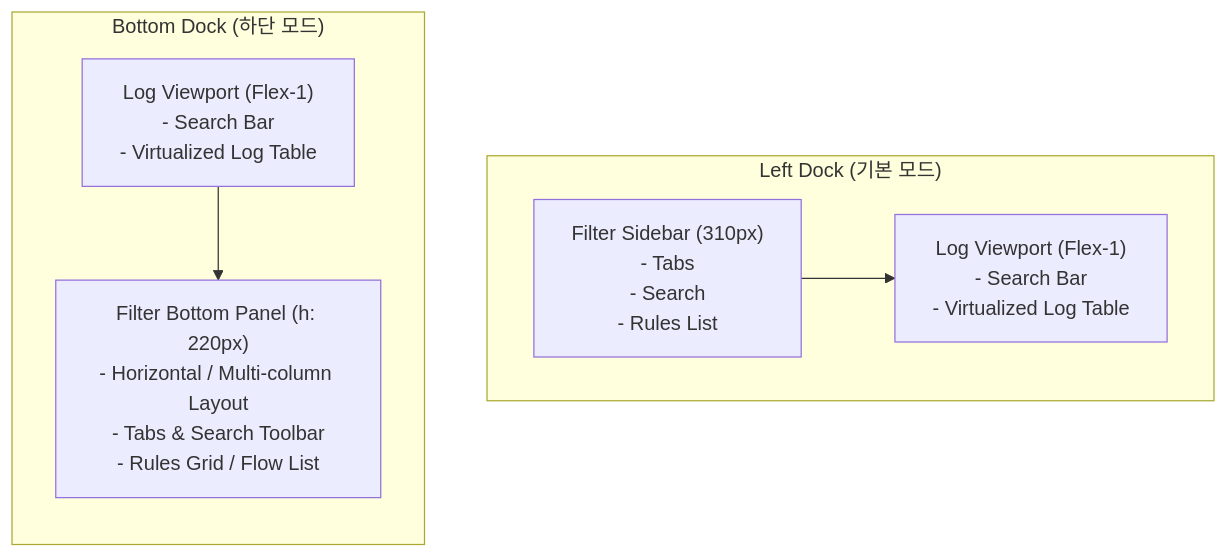
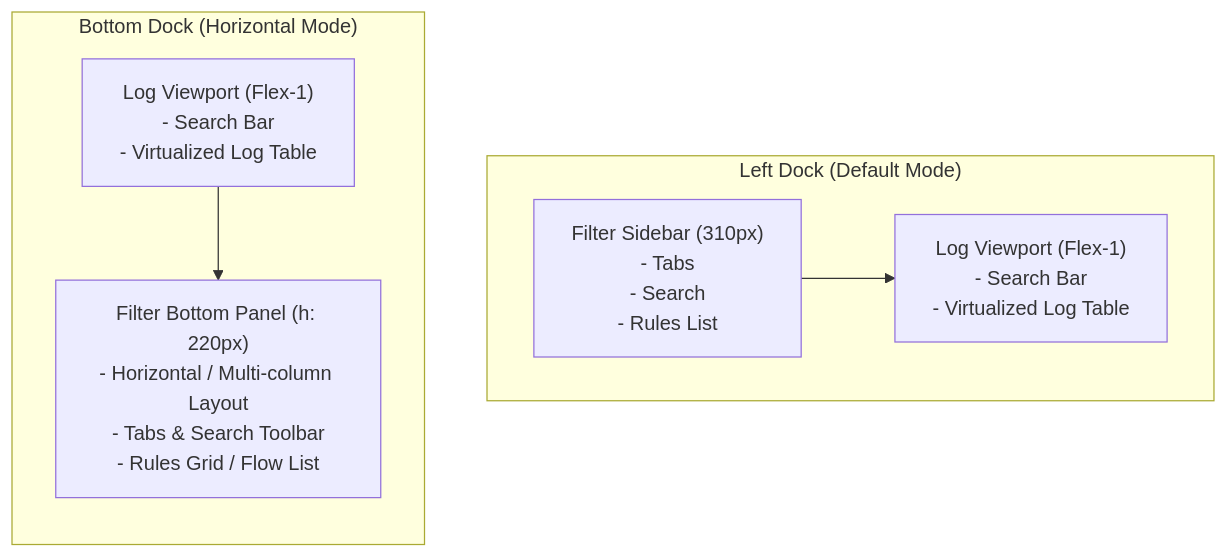
The diagram in docs/spec-filter-dock-position.md (hwanjongyu/LogAnalysis), drawn with Mermaid before and after one commit. The commit also changed other lines of this file and 10 other files, not shown here.

````diff
--- a/docs/spec-filter-dock-position.md
+++ b/docs/spec-filter-dock-position.md
@@ -21,12 +21,12 @@
 ```mermaid
 flowchart TD
-    subgraph Mode1 ["Left Dock (기본 모드)"]
+    subgraph Mode1 ["Left Dock (Default Mode)"]
         direction LR
         L_Sidebar["Filter Sidebar (310px)\n- Tabs\n- Search\n- Rules List"] --> L_LogView["Log Viewport (Flex-1)\n- Search Bar\n- Virtualized Log Table"]
     end
 
-    subgraph Mode2 ["Bottom Dock (하단 모드)"]
+    subgraph Mode2 ["Bottom Dock (Horizontal Mode)"]
         direction TB
         B_LogView["Log Viewport (Flex-1)\n- Search Bar\n- Virtualized Log Table"] --> B_BottomPanel["Filter Bottom Panel (h: 220px)\n- Horizontal / Multi-column Layout\n- Tabs & Search Toolbar\n- Rules Grid / Flow List"]
     end
 ```
````
